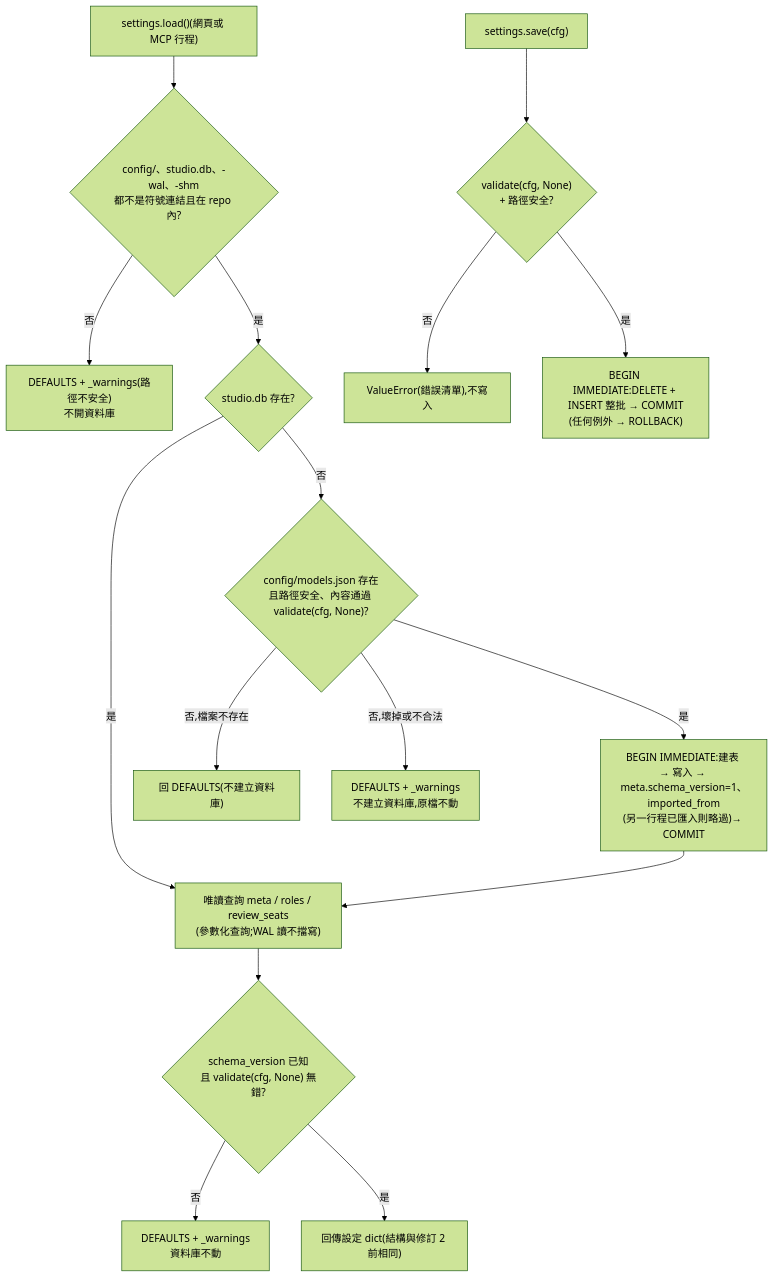
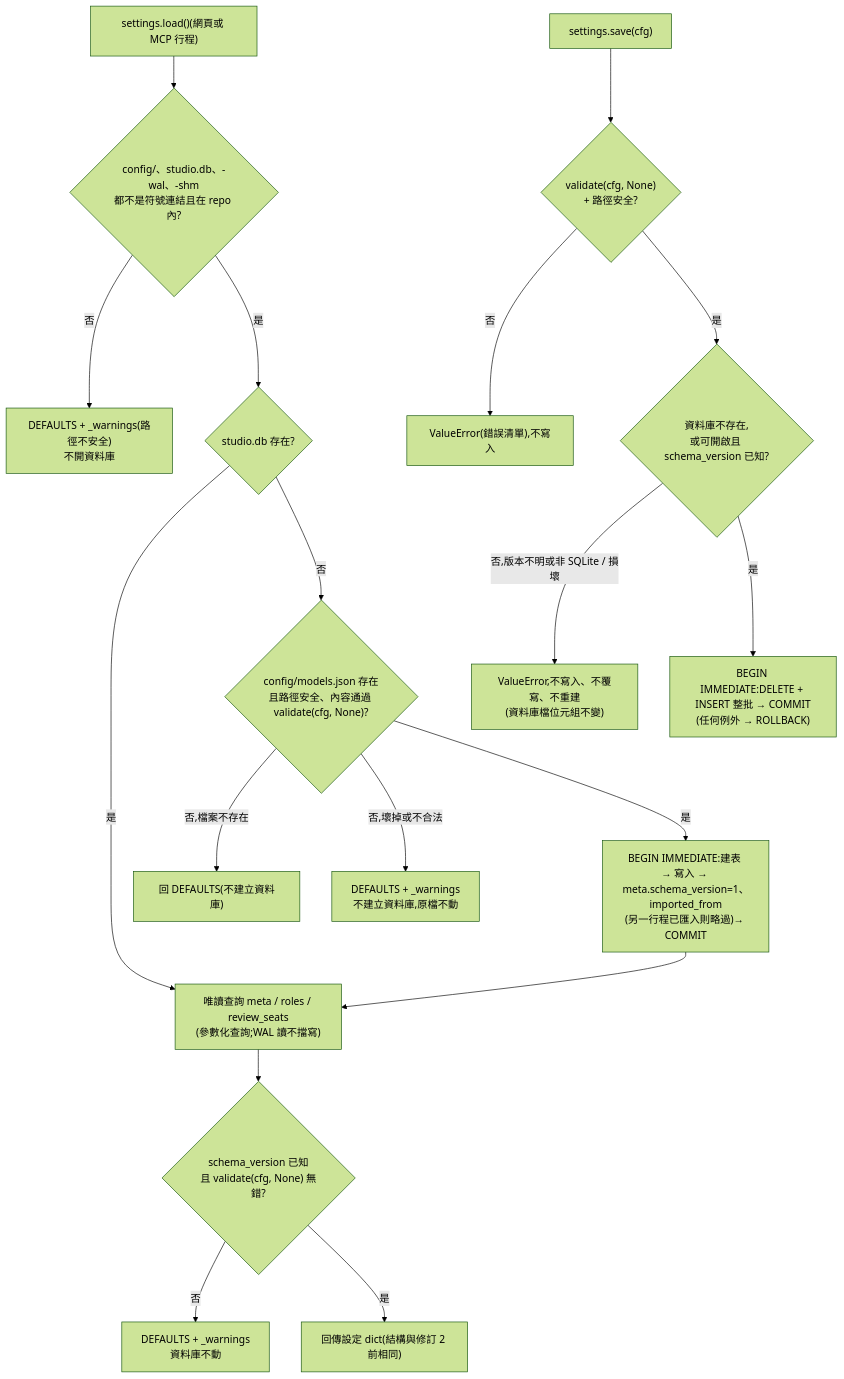
Before and after one commit to kamira/podcast-studio: the fourth of 4 diagrams in docs/changes/CHG-20261022-01.md, drawn with Mermaid (forest theme). The commit also changed other lines of this file, not shown here.

Commit message:
CHG-20261022-01: 修訂 2 草案依審議補強——版本不明或損壞的資料庫 save() 拒絕寫入並補測試

````diff
--- a/docs/changes/CHG-20261022-01.md
+++ b/docs/changes/CHG-20261022-01.md
@@ -172,18 +172,20 @@
 ```mermaid
 flowchart TD
   L["settings.load()(網頁或 MCP 行程)"] --> PS{"config/、studio.db、-wal、-shm<br/>都不是符號連結且在 repo 內?"}
   PS -- 否 --> FB1["DEFAULTS + _warnings(路徑不安全)<br/>不開資料庫"]
   PS -- 是 --> EX{"studio.db 存在?"}
   EX -- 是 --> RD["唯讀查詢 meta / roles / review_seats<br/>(參數化查詢;WAL 讀不擋寫)"]
   EX -- 否 --> J{"config/models.json 存在<br/>且路徑安全、內容通過 validate(cfg, None)?"}
   J -- 否,檔案不存在 --> DF["回 DEFAULTS(不建立資料庫)"]
   J -- 否,壞掉或不合法 --> FB2["DEFAULTS + _warnings<br/>不建立資料庫,原檔不動"]
   J -- 是 --> IM["BEGIN IMMEDIATE:建表 → 寫入 → meta.schema_version=1、imported_from<br/>(另一行程已匯入則略過)→ COMMIT"]
   IM --> RD
   RD --> V{"schema_version 已知<br/>且 validate(cfg, None) 無錯?"}
   V -- 否 --> FB3["DEFAULTS + _warnings<br/>資料庫不動"]
   V -- 是 --> OK["回傳設定 dict(結構與修訂 2 前相同)"]
   S["settings.save(cfg)"] --> SV{"validate(cfg, None)<br/>+ 路徑安全?"}
   SV -- 否 --> ER["ValueError(錯誤清單),不寫入"]
-  SV -- 是 --> TX["BEGIN IMMEDIATE:DELETE + INSERT 整批 → COMMIT<br/>(任何例外 → ROLLBACK)"]
+  SV -- 是 --> SK{"資料庫不存在,<br/>或可開啟且 schema_version 已知?"}
+  SK -- 否,版本不明或非 SQLite / 損壞 --> ER2["ValueError,不寫入、不覆寫、不重建<br/>(資料庫檔位元組不變)"]
+  SK -- 是 --> TX["BEGIN IMMEDIATE:DELETE + INSERT 整批 → COMMIT<br/>(任何例外 → ROLLBACK)"]
 ```
````
